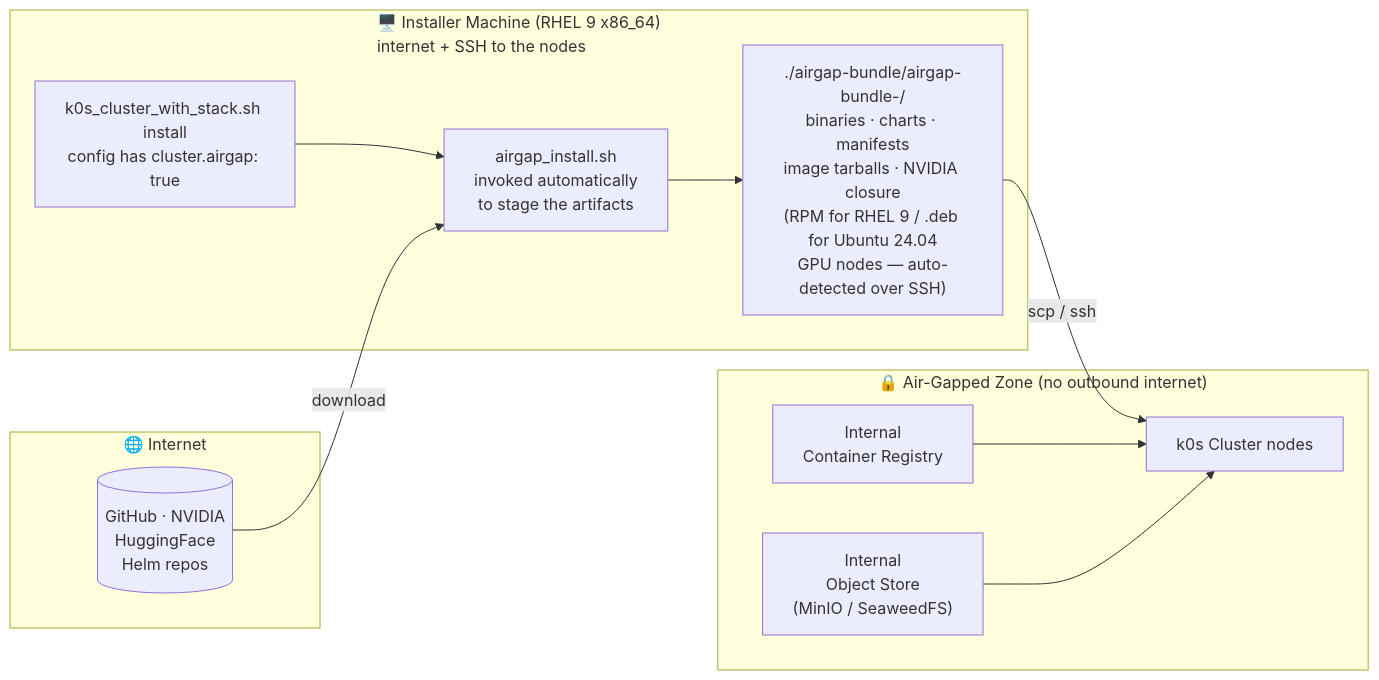
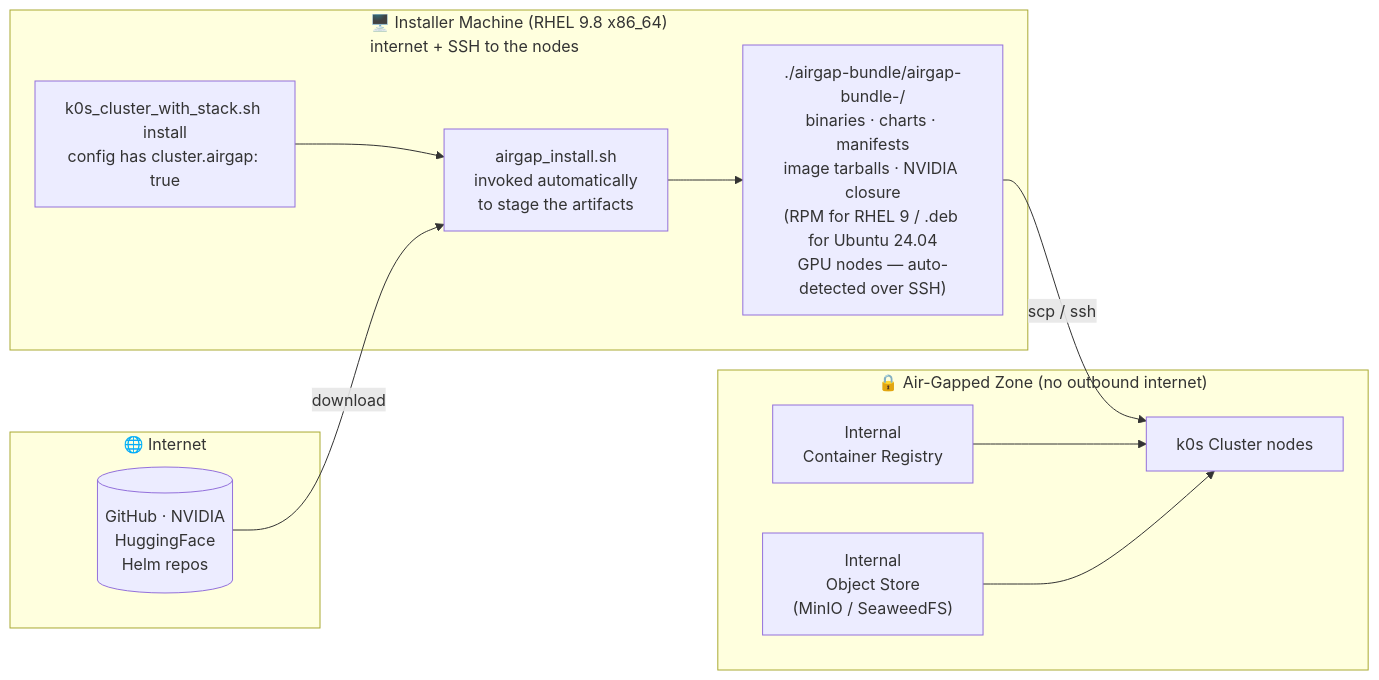
One commit to splunk/splunk-ai-operator changed the fifth of 11 diagrams in tools/cluster_setup/DEPLOYMENT_GUIDE.md. Above: the diagram before and after it, drawn with Mermaid. The commit also changed other lines of this file and 9 other files, not shown here.

````diff
--- a/tools/cluster_setup/DEPLOYMENT_GUIDE.md
+++ b/tools/cluster_setup/DEPLOYMENT_GUIDE.md
@@ -412,25 +450,25 @@
 ```mermaid
 flowchart LR
     subgraph INTERNETZONE["🌐 Internet"]
         INTERNET[("GitHub · NVIDIA\nHuggingFace\nHelm repos")]
     end
 
-    subgraph INSTALLER["🖥️  Installer Machine (RHEL 9 x86_64)\ninternet + SSH to the nodes"]
+    subgraph INSTALLER["🖥️  Installer Machine (RHEL 9.8 x86_64)\ninternet + SSH to the nodes"]
         ENTRY["k0s_cluster_with_stack.sh install\nconfig has cluster.airgap: true"]
         AGI["airgap_install.sh\ninvoked automatically\nto stage the artifacts"]
         STAGE["./airgap-bundle/airgap-bundle-<ts>/\nbinaries · charts · manifests\nimage tarballs · NVIDIA closure\n(RPM for RHEL 9 / .deb for Ubuntu 24.04\nGPU nodes — auto-detected over SSH)"]
         ENTRY --> AGI
     end
 
     subgraph AIRGAP["🔒 Air-Gapped Zone (no outbound internet)"]
         REGISTRY["Internal\nContainer Registry"]
         OBJSTORE["Internal\nObject Store\n(MinIO / SeaweedFS)"]
         CLUSTER["k0s Cluster nodes"]
     end
 
     INTERNET -->|download| AGI
     AGI --> STAGE
     STAGE -->|scp / ssh| CLUSTER
     REGISTRY --> CLUSTER
     OBJSTORE --> CLUSTER
 ```
````
